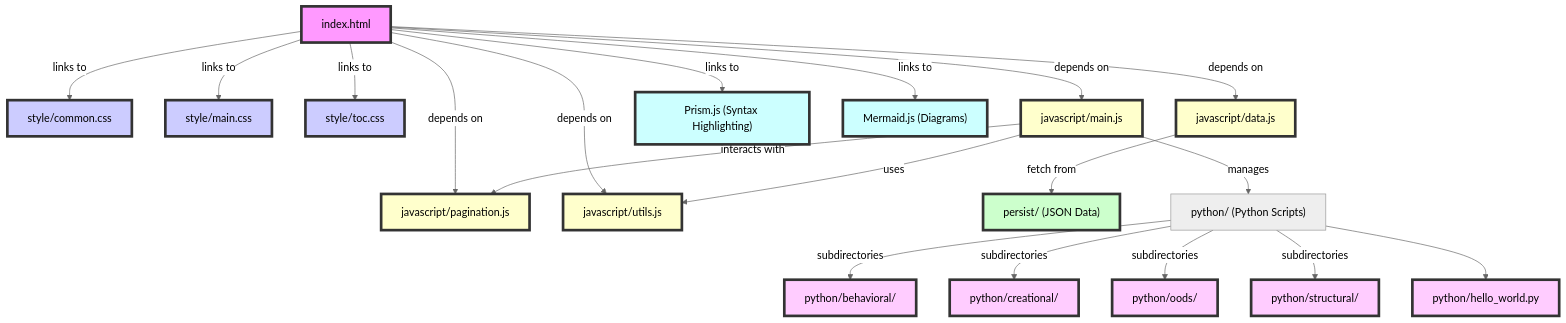
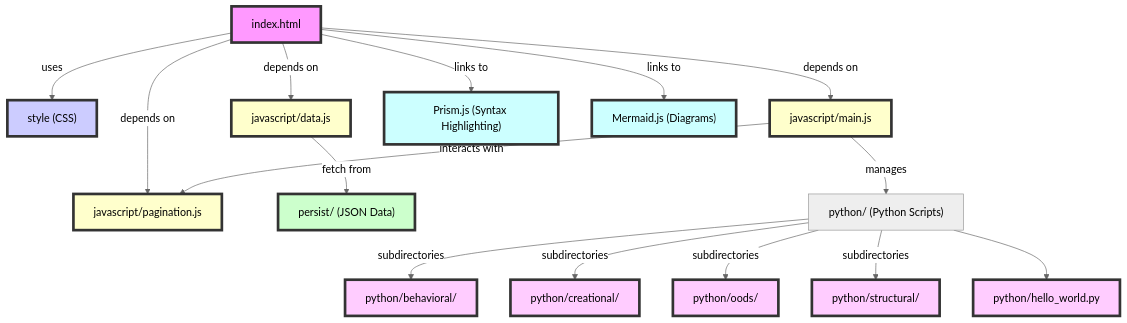
Before and after one commit to NLmeng/github-website: the diagram in README.md, drawn with Mermaid (neutral theme).

Commit message:
diagram 1.4

````diff
--- a/README.md
+++ b/README.md
@@ -9,39 +9,35 @@
 ```mermaid
 graph TD
-    index_html["index.html"] -->|links to| style_css_common["style/common.css"]
-    index_html -->|links to| style_css_main["style/main.css"]
-    index_html -->|links to| style_css_toc["style/toc.css"]
+    index_html["index.html"] -->|uses| style_css_common["style (CSS)"]
 
     index_html -->|depends on| js_data["javascript/data.js"]
     index_html -->|depends on| js_main["javascript/main.js"]
     index_html -->|depends on| js_pagination["javascript/pagination.js"]
-    index_html -->|depends on| js_utils["javascript/utils.js"]
 
     index_html -->|links to| ext_prism["Prism.js (Syntax Highlighting)"]
     index_html -->|links to| ext_mermaid["Mermaid.js (Diagrams)"]
 
     js_data -->|fetch from| json_data["persist/ (JSON Data)"]
     js_main -->|interacts with| js_pagination
-    js_main -->|uses| js_utils
 
     js_main -->|manages| python_scripts["python/ (Python Scripts)"]
     python_scripts -->|subdirectories| py_behavioral["python/behavioral/"]
     python_scripts -->|subdirectories| py_creational["python/creational/"]
     python_scripts -->|subdirectories| py_oods["python/oods/"]
     python_scripts -->|subdirectories| py_structural["python/structural/"]
     python_scripts --> py_hello_world["python/hello_world.py"]
 
     classDef html fill:#f9f,stroke:#333,stroke-width:4px;
     classDef css fill:#ccf,stroke:#333,stroke-width:4px;
     classDef js fill:#ffc,stroke:#333,stroke-width:4px;
     classDef json fill:#cfc,stroke:#333,stroke-width:4px;
     classDef python fill:#fcf,stroke:#333,stroke-width:4px;
     classDef ext fill:#cff,stroke:#333,stroke-width:4px;
 
     class index_html html;
     class style_css_common,style_css_main,style_css_toc css;
-    class js_data,js_main,js_pagination,js_utils js;
+    class js_data,js_main,js_pagination js;
     class json_data json;
     class py_behavioral,py_creational,py_oods,py_structural,py_hello_world python;
     class ext_prism,ext_mermaid ext;
 ```
````
